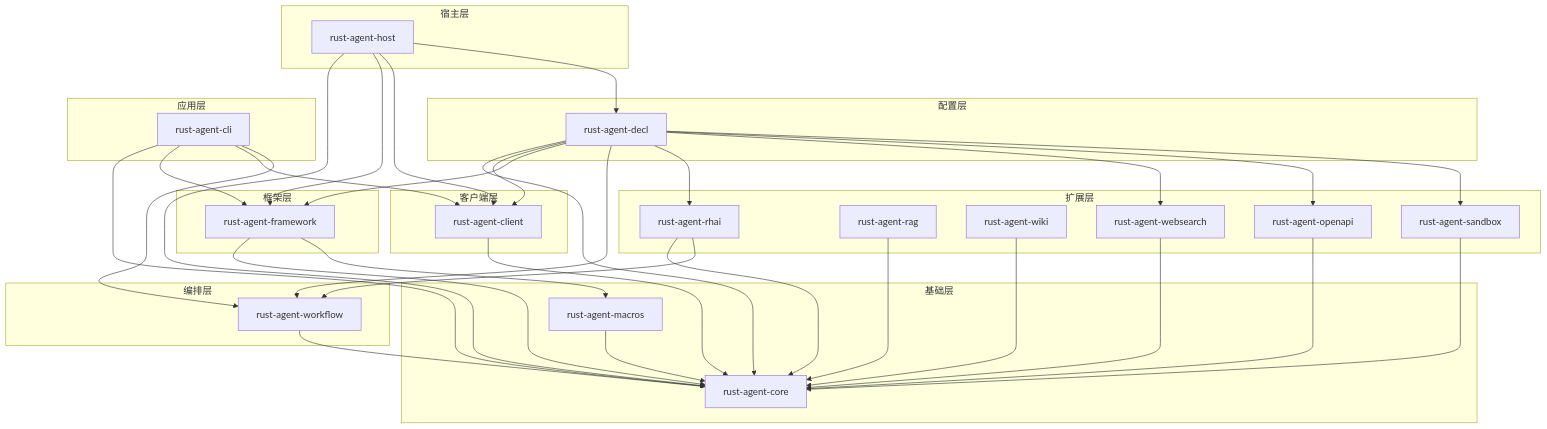
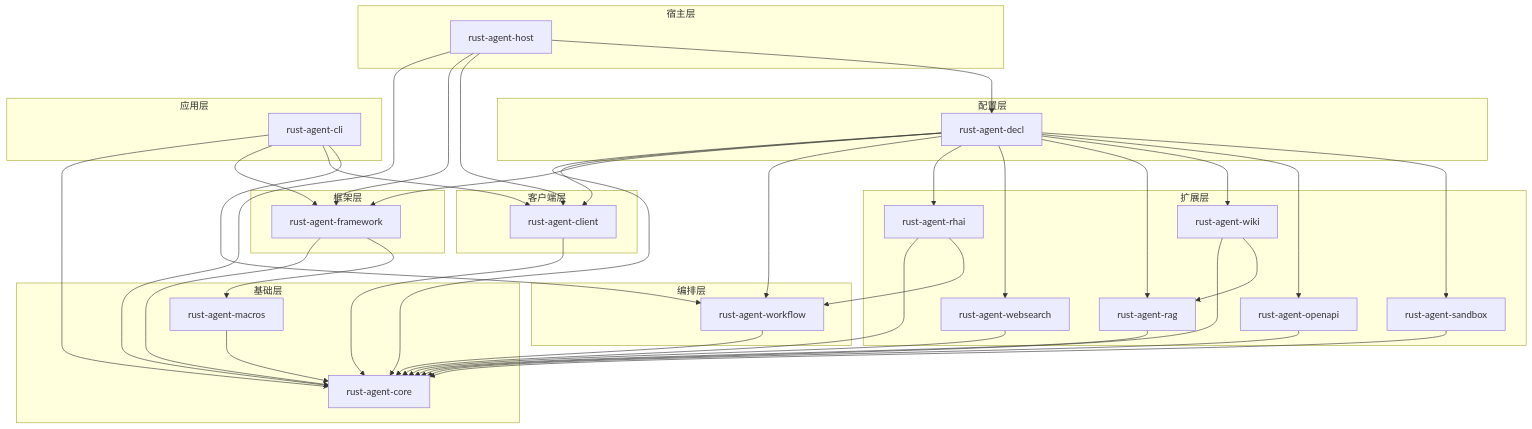
One commit to Rust-Framework/rust-agent-framework changed the diagram in docs/15-appendix/crate-dependency-graph.md. Above: the diagram before and after it, drawn with Mermaid. The commit also changed other lines of this file and 133 other files, not shown here.

````diff
--- a/docs/15-appendix/crate-dependency-graph.md
+++ b/docs/15-appendix/crate-dependency-graph.md
@@ -5,69 +5,72 @@
 ```mermaid
 graph TD
     subgraph "基础层"
         CORE[rust-agent-core]
         MACROS[rust-agent-macros]
     end
 
     subgraph "客户端层"
         CLIENT[rust-agent-client]
     end
 
     subgraph "框架层"
         FRAMEWORK[rust-agent-framework]
     end
 
     subgraph "编排层"
         WORKFLOW[rust-agent-workflow]
     end
 
     subgraph "配置层"
         DECL[rust-agent-decl]
     end
 
     subgraph "扩展层"
         WEBSEARCH[rust-agent-websearch]
         RAG[rust-agent-rag]
         WIKI[rust-agent-wiki]
         OPENAPI[rust-agent-openapi]
         SANDBOX[rust-agent-sandbox]
         RHAI[rust-agent-rhai]
     end
 
     subgraph "宿主层"
         HOST[rust-agent-host]
     end
 
     subgraph "应用层"
         CLI[rust-agent-cli]
     end
 
     MACROS --> CORE
     CLIENT --> CORE
     FRAMEWORK --> CORE
     FRAMEWORK --> MACROS
+    RAG --> CORE
+    WIKI --> CORE
+    WIKI --> RAG
     WORKFLOW --> CORE
     WEBSEARCH --> CORE
-    RAG --> CORE
-    WIKI --> CORE
     OPENAPI --> CORE
     SANDBOX --> CORE
     RHAI --> CORE
     RHAI --> WORKFLOW
     DECL --> CORE
     DECL --> CLIENT
     DECL --> FRAMEWORK
     DECL --> WORKFLOW
     DECL --> RHAI
     DECL --> WEBSEARCH
+    DECL --> RAG
+    DECL --> WIKI
     DECL --> OPENAPI
     DECL --> SANDBOX
     HOST --> CORE
     HOST --> FRAMEWORK
     HOST --> CLIENT
     HOST --> DECL
     CLI --> CORE
     CLI --> FRAMEWORK
     CLI --> CLIENT
     CLI --> WORKFLOW
 ```
````
